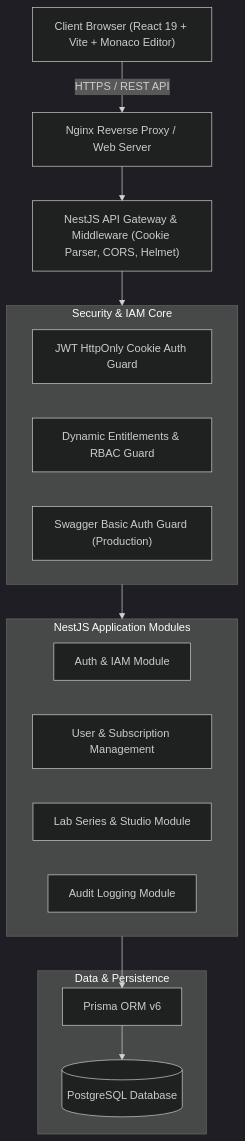
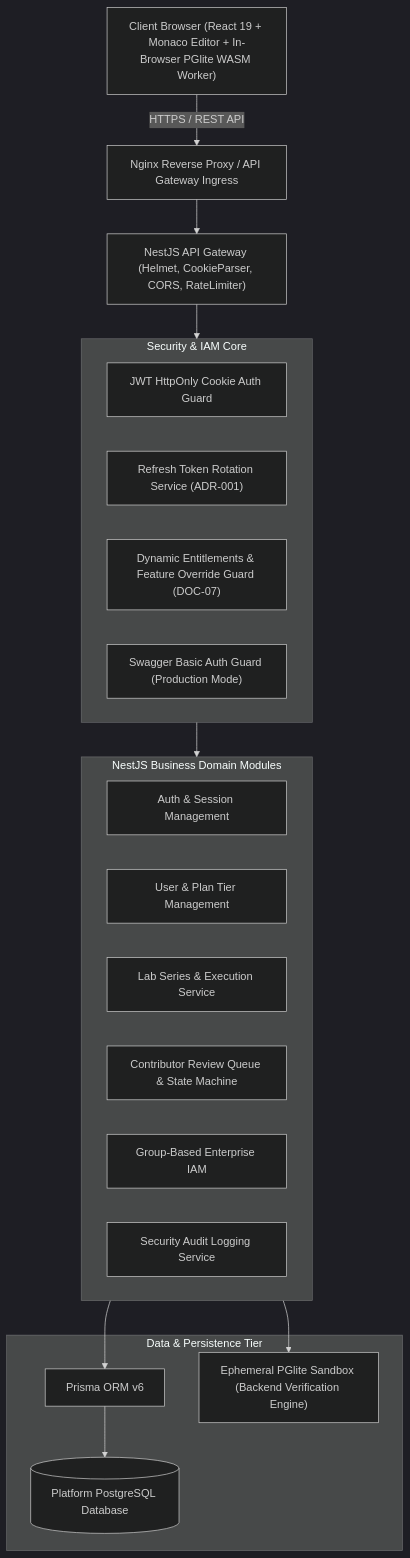
The diagram in README.md (NguyenKhanhDuy2703/project_education), drawn with Mermaid (dark theme) before and after one commit. The commit also changed other lines of this file and 9 other files, not shown here.

````diff
--- a/README.md
+++ b/README.md
@@ -38,31 +128,36 @@
 ```mermaid
 graph TD
-    Client["Client Browser (React 19 + Vite + Monaco Editor)"]
-    Nginx["Nginx Reverse Proxy / Web Server"]
-    NestGateway["NestJS API Gateway & Middleware (Cookie Parser, CORS, Helmet)"]
+    Client["Client Browser (React 19 + Monaco Editor + In-Browser PGlite WASM Worker)"]
+    Nginx["Nginx Reverse Proxy / API Gateway Ingress"]
+    NestGateway["NestJS API Gateway (Helmet, CookieParser, CORS, RateLimiter)"]
     
     subgraph Security_Layer["Security & IAM Core"]
         AuthGuard["JWT HttpOnly Cookie Auth Guard"]
-        EntitlementsGuard["Dynamic Entitlements & RBAC Guard"]
-        SwaggerAuth["Swagger Basic Auth Guard (Production)"]
+        TokenRotation["Refresh Token Rotation Service (ADR-001)"]
+        EntitlementsGuard["Dynamic Entitlements & Feature Override Guard (DOC-07)"]
+        SwaggerAuth["Swagger Basic Auth Guard (Production Mode)"]
     end
 
-    subgraph Service_Modules["NestJS Application Modules"]
-        AuthModule["Auth & IAM Module"]
-        UserModule["User & Subscription Management"]
-        LabModule["Lab Series & Studio Module"]
-        AuditModule["Audit Logging Module"]
+    subgraph Service_Modules["NestJS Business Domain Modules"]
+        AuthModule["Auth & Session Management"]
+        UserModule["User & Plan Tier Management"]
+        LabModule["Lab Series & Execution Service"]
+        ReviewModule["Contributor Review Queue & State Machine"]
+        GroupsModule["Group-Based Enterprise IAM"]
+        AuditModule["Security Audit Logging Service"]
     end
 
-    subgraph Data_Layer["Data & Persistence"]
+    subgraph Data_Layer["Data & Persistence Tier"]
         Prisma["Prisma ORM v6"]
-        Postgres[(PostgreSQL Database)]
+        Postgres[(Platform PostgreSQL Database)]
+        PGliteBackend["Ephemeral PGlite Sandbox (Backend Verification Engine)"]
     end
 
     Client -->|HTTPS / REST API| Nginx
     Nginx --> NestGateway
     NestGateway --> Security_Layer
     Security_Layer --> Service_Modules
     Service_Modules --> Prisma
+    Service_Modules --> PGliteBackend
     Prisma --> Postgres
 ```
````
